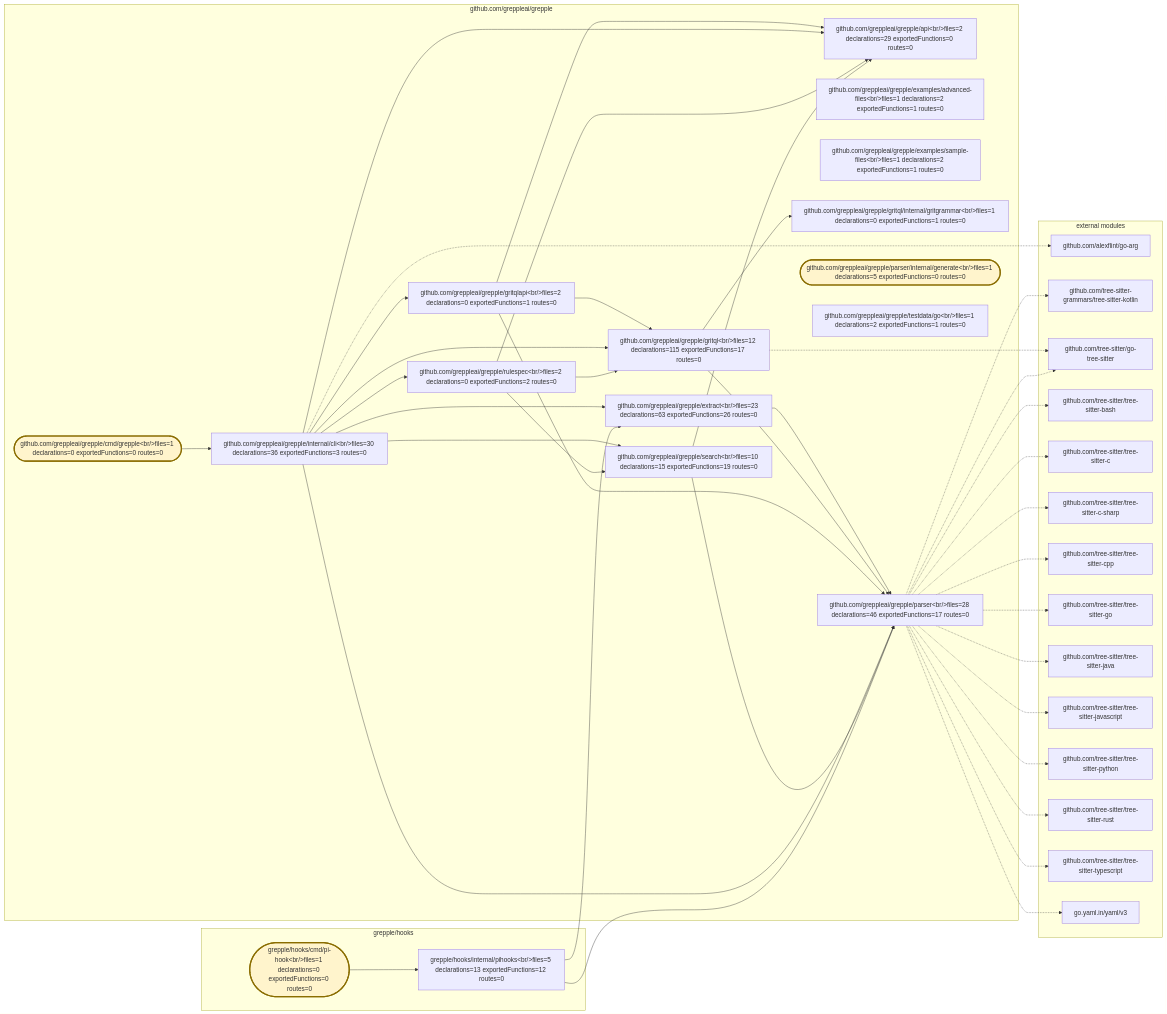
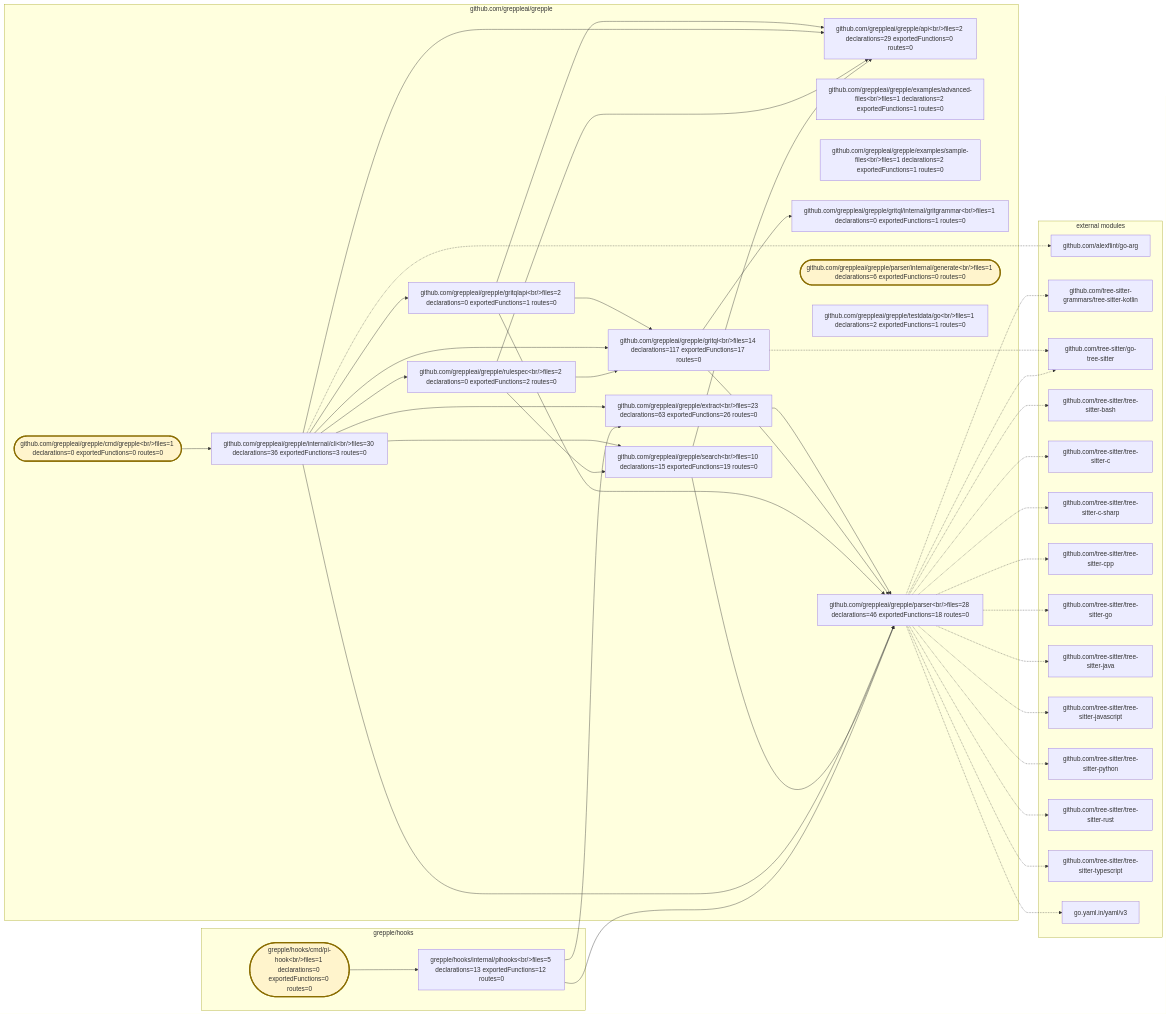
The diagram in .grepple/project.workspace/overview.mmd (greppleai/grepple), drawn with Mermaid before and after one commit. The commit also changed 53 other files, not shown here.

```diff
--- a/.grepple/project.workspace/overview.mmd
+++ b/.grepple/project.workspace/overview.mmd
@@ -1,78 +1,78 @@
 flowchart LR
     classDef entrypoint fill:#fff4cc,stroke:#8a6d00,stroke-width:3px
     subgraph module_0["github.com/greppleai/grepple"]
         package_0["github.com/greppleai/grepple/api&lt;br/&gt;files=2 declarations=29 exportedFunctions=0 routes=0"]
         package_1(["github.com/greppleai/grepple/cmd/grepple&lt;br/&gt;files=1 declarations=0 exportedFunctions=0 routes=0"])
         class package_1 entrypoint
         package_2["github.com/greppleai/grepple/examples/advanced-files&lt;br/&gt;files=1 declarations=2 exportedFunctions=1 routes=0"]
         package_3["github.com/greppleai/grepple/examples/sample-files&lt;br/&gt;files=1 declarations=2 exportedFunctions=1 routes=0"]
         package_4["github.com/greppleai/grepple/extract&lt;br/&gt;files=23 declarations=63 exportedFunctions=26 routes=0"]
-        package_5["github.com/greppleai/grepple/gritql&lt;br/&gt;files=12 declarations=115 exportedFunctions=17 routes=0"]
+        package_5["github.com/greppleai/grepple/gritql&lt;br/&gt;files=14 declarations=117 exportedFunctions=17 routes=0"]
         package_6["github.com/greppleai/grepple/gritql/internal/gritgrammar&lt;br/&gt;files=1 declarations=0 exportedFunctions=1 routes=0"]
         package_7["github.com/greppleai/grepple/gritqlapi&lt;br/&gt;files=2 declarations=0 exportedFunctions=1 routes=0"]
         package_8["github.com/greppleai/grepple/internal/cli&lt;br/&gt;files=30 declarations=36 exportedFunctions=3 routes=0"]
-        package_9["github.com/greppleai/grepple/parser&lt;br/&gt;files=28 declarations=46 exportedFunctions=17 routes=0"]
-        package_10(["github.com/greppleai/grepple/parser/internal/generate&lt;br/&gt;files=1 declarations=5 exportedFunctions=0 routes=0"])
+        package_9["github.com/greppleai/grepple/parser&lt;br/&gt;files=28 declarations=46 exportedFunctions=18 routes=0"]
+        package_10(["github.com/greppleai/grepple/parser/internal/generate&lt;br/&gt;files=1 declarations=6 exportedFunctions=0 routes=0"])
         class package_10 entrypoint
         package_11["github.com/greppleai/grepple/rulespec&lt;br/&gt;files=2 declarations=0 exportedFunctions=2 routes=0"]
         package_12["github.com/greppleai/grepple/search&lt;br/&gt;files=10 declarations=15 exportedFunctions=19 routes=0"]
         package_13["github.com/greppleai/grepple/testdata/go&lt;br/&gt;files=1 declarations=2 exportedFunctions=1 routes=0"]
     end
     subgraph module_1["grepple/hooks"]
         package_14(["grepple/hooks/cmd/pi-hook&lt;br/&gt;files=1 declarations=0 exportedFunctions=0 routes=0"])
         class package_14 entrypoint
         package_15["grepple/hooks/internal/pihooks&lt;br/&gt;files=5 declarations=13 exportedFunctions=12 routes=0"]
     end
     package_1 --> package_8
     package_4 --> package_9
     package_5 --> package_6
     package_5 --> package_9
     package_7 --> package_0
     package_7 --> package_5
     package_7 --> package_9
     package_8 --> package_0
     package_8 --> package_4
     package_8 --> package_5
     package_8 --> package_7
     package_8 --> package_9
     package_8 --> package_11
     package_8 --> package_12
     package_11 --> package_0
     package_11 --> package_5
     package_11 --> package_12
     package_12 --> package_0
     package_12 --> package_9
     package_14 --> package_15
     package_15 --> package_4
     package_15 --> package_9
     subgraph external_dependencies["external modules"]
         external_0["github.com/alexflint/go-arg"]
         external_1["github.com/tree-sitter-grammars/tree-sitter-kotlin"]
         external_2["github.com/tree-sitter/go-tree-sitter"]
         external_3["github.com/tree-sitter/tree-sitter-bash"]
         external_4["github.com/tree-sitter/tree-sitter-c"]
         external_5["github.com/tree-sitter/tree-sitter-c-sharp"]
         external_6["github.com/tree-sitter/tree-sitter-cpp"]
         external_7["github.com/tree-sitter/tree-sitter-go"]
         external_8["github.com/tree-sitter/tree-sitter-java"]
         external_9["github.com/tree-sitter/tree-sitter-javascript"]
         external_10["github.com/tree-sitter/tree-sitter-python"]
         external_11["github.com/tree-sitter/tree-sitter-rust"]
         external_12["github.com/tree-sitter/tree-sitter-typescript"]
         external_13["go.yaml.in/yaml/v3"]
     end
     package_8 -.-> external_0
     package_9 -.-> external_1
     package_5 -.-> external_2
     package_9 -.-> external_2
     package_9 -.-> external_3
     package_9 -.-> external_4
     package_9 -.-> external_5
     package_9 -.-> external_6
     package_9 -.-> external_7
     package_9 -.-> external_8
     package_9 -.-> external_9
     package_9 -.-> external_10
     package_9 -.-> external_11
     package_9 -.-> external_12
     package_9 -.-> external_13
```
